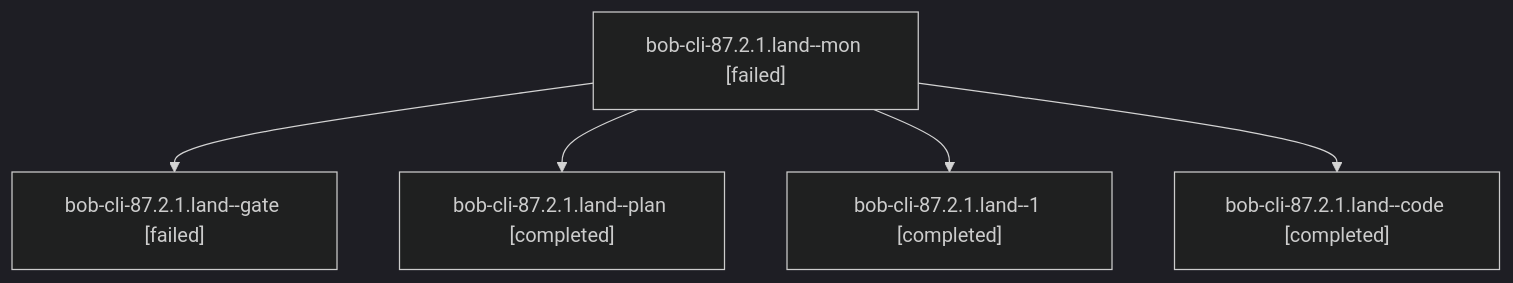
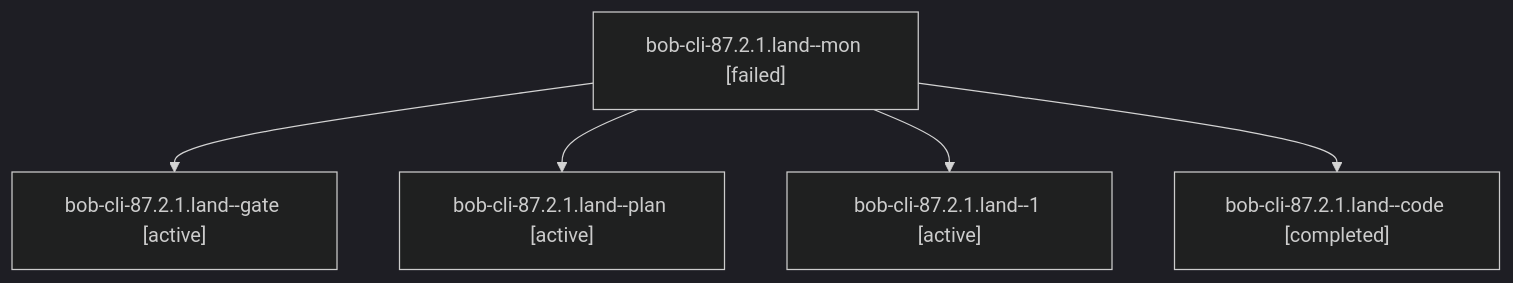
The diagram in sessions/bbugyi200.athena.bob-cli-87.2.1.land.md (bobs-org/bob-cli--agents), drawn with Mermaid (dark theme) before and after one commit. The commit also changed other lines of this file and 481 other files, not shown here.

````diff
--- a/sessions/bbugyi200.athena.bob-cli-87.2.1.land.md
+++ b/sessions/bbugyi200.athena.bob-cli-87.2.1.land.md
@@ -9,12 +9,12 @@
 ```mermaid
 flowchart TD
   n0["bob-cli-87.2.1.land--mon [failed]"]
-  n1["bob-cli-87.2.1.land--gate [failed]"]
+  n1["bob-cli-87.2.1.land--gate [active]"]
   n0 --> n1
-  n2["bob-cli-87.2.1.land--plan [completed]"]
+  n2["bob-cli-87.2.1.land--plan [active]"]
   n0 --> n2
-  n3["bob-cli-87.2.1.land--1 [completed]"]
+  n3["bob-cli-87.2.1.land--1 [active]"]
   n0 --> n3
   n4["bob-cli-87.2.1.land--code [completed]"]
   n0 --> n4
 ```
````
